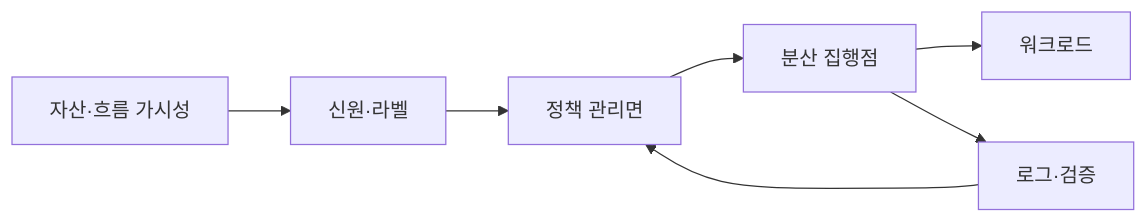
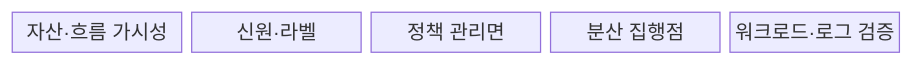
One commit to agnusdei1207/knowledge-base changed the first of 2 diagrams in src/content/docs/notes/05-security/065_micro_segmentation.md. Above: the diagram before and after it, drawn with Mermaid. The commit also changed other lines of this file and 7 other files, not shown here.

````diff
--- a/src/content/docs/notes/05-security/065_micro_segmentation.md
+++ b/src/content/docs/notes/05-security/065_micro_segmentation.md
@@ -58,9 +60,9 @@
 ```mermaid
-flowchart LR
-    A[자산·흐름 가시성] --> B[신원·라벨]
-    B --> C[정책 관리면]
-    C --> D[분산 집행점]
-    D --> E[워크로드]
-    F[로그·검증] --> C
-    D --> F
+block-beta
+  columns 5
+  A["자산·흐름 가시성"]
+  B["신원·라벨"]
+  C["정책 관리면"]
+  D["분산 집행점"]
+  E["워크로드·로그 검증"]
 ```
````
